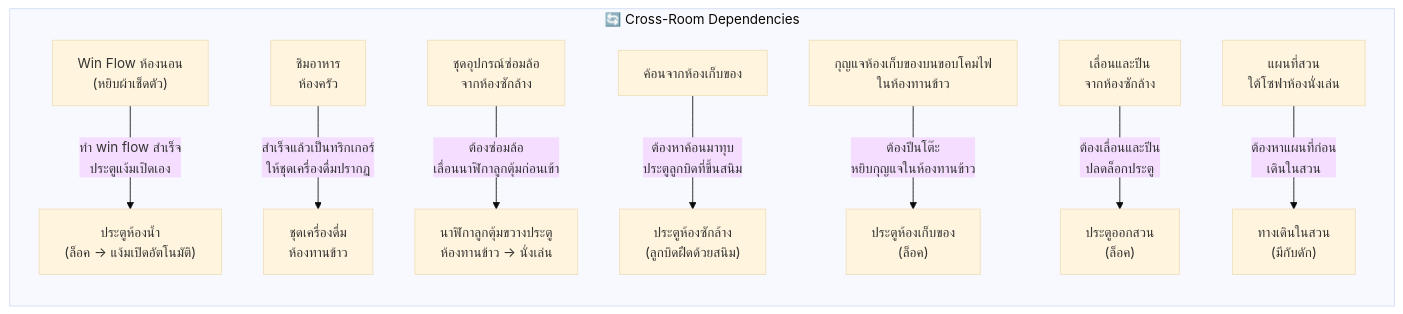
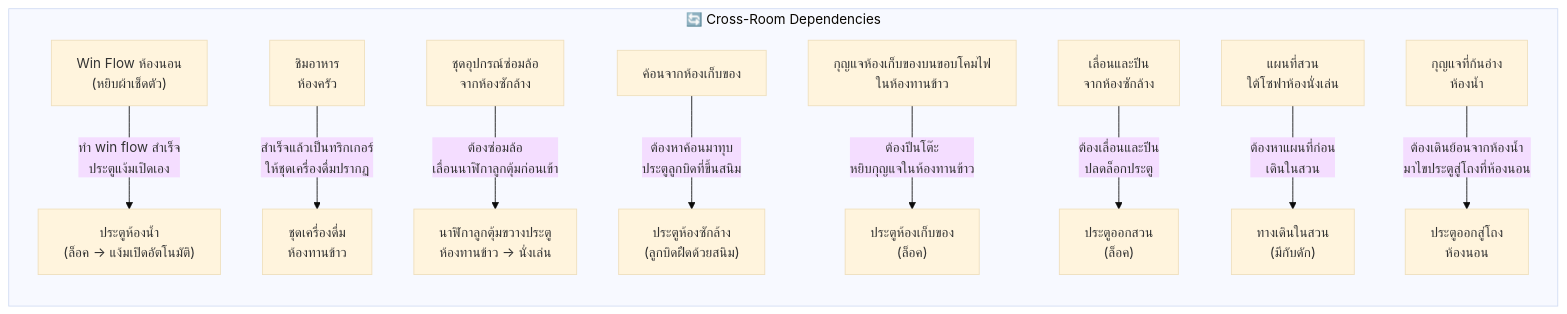
Before and after one commit to witchu/horror-adventure: the second of 2 diagrams in map.md, drawn with Mermaid (base theme). The commit also changed other lines of this file and 2 other files, not shown here.

Commit message:
ปรับแก้ปริศนาห้องน้ำ

````diff
--- a/map.md
+++ b/map.md
@@ -66,32 +66,36 @@
 ```mermaid
 graph LR
     subgraph "🔄 Cross-Room Dependencies"
         BED_FLOW["Win Flow ห้องนอน\n(หยิบผ้าเช็ดตัว)"]
         BATH_DOOR["ประตูห้องน้ำ\n(ล็อค → แง้มเปิดอัตโนมัติ)"]
         BED_FLOW -->|"ทำ win flow สำเร็จ\nประตูแง้มเปิดเอง"| BATH_DOOR
 
         KIT_FOOD["ชิมอาหาร\nห้องครัว"]
         DIN_TEA["ชุดเครื่องดื่ม\nห้องทานข้าว"]
         KIT_FOOD -->|"สำเร็จแล้วเป็นทริกเกอร์\nให้ชุดเครื่องดื่มปรากฏ"| DIN_TEA
 
         DIN_CABINET["นาฬิกาลูกตุ้มขวางประตู\nห้องทานข้าว → นั่งเล่น"]
         LAU_ITEM["ชุดอุปกรณ์ซ่อมล้อ\nจากห้องซักล้าง"]
         LAU_ITEM -->|"ต้องซ่อมล้อ\nเลื่อนนาฬิกาลูกตุ้มก่อนเข้า"| DIN_CABINET
 
         LAU_DOOR["ประตูห้องซักล้าง\n(ลูกบิดฝืดด้วยสนิม)"]
         STO_HAMMER["ค้อนจากห้องเก็บของ"]
         STO_HAMMER -->|"ต้องหาค้อนมาทุบ\nประตูลูกบิดที่ขึ้นสนิม"| LAU_DOOR
 
         STO_DOOR["ประตูห้องเก็บของ\n(ล็อค)"]
         DIN_KEY["กุญแจห้องเก็บของบนขอบโคมไฟ\nในห้องทานข้าว"]
         DIN_KEY -->|"ต้องปีนโต๊ะ\nหยิบกุญแจในห้องทานข้าว"| STO_DOOR
 
         GAR_DOOR["ประตูออกสวน\n(ล็อค)"]
         LAU_CLIMB["เลื่อนและปีน\nจากห้องซักล้าง"]
         LAU_CLIMB -->|"ต้องเลื่อนและปีน\nปลดล็อกประตู"| GAR_DOOR
 
         GAR_PATH["ทางเดินในสวน\n(มีกับดัก)"]
         LIV_MAP["แผนที่สวน\nใต้โซฟาห้องนั่งเล่น"]
         LIV_MAP -->|"ต้องหาแผนที่ก่อน\nเดินในสวน"| GAR_PATH
+
+        BATH_KEY["กุญแจที่ก้นอ่าง\nห้องน้ำ"]
+        BED_DOOR["ประตูออกสู่โถง\nห้องนอน"]
+        BATH_KEY -->|"ต้องเดินย้อนจากห้องน้ำ\nมาไขประตูสู่โถงที่ห้องนอน"| BED_DOOR
     end
 ```
````
